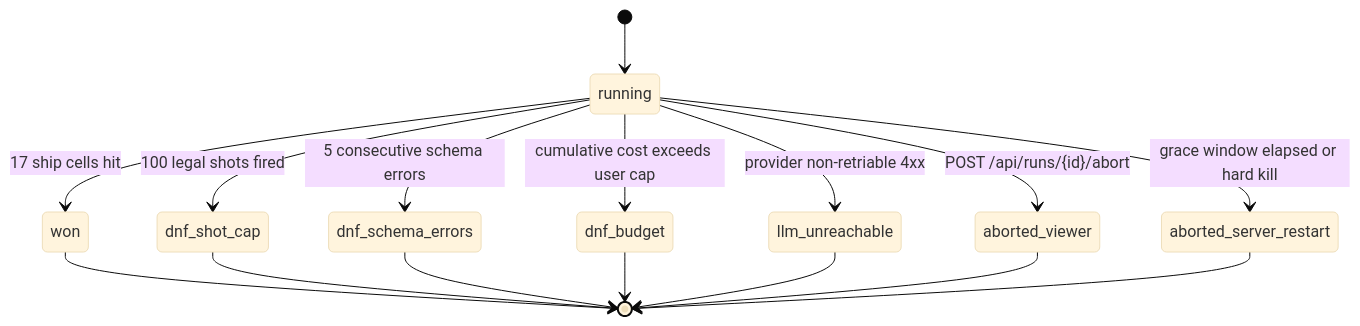
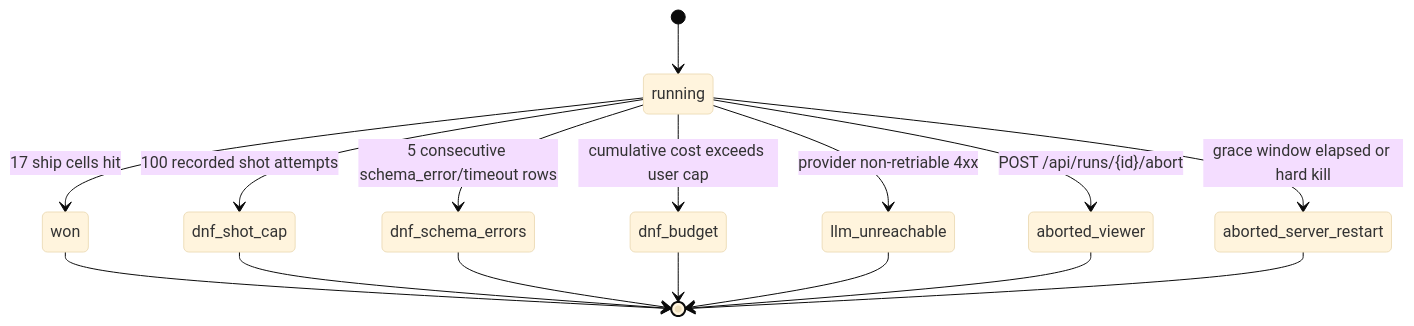
Before and after one commit to itechmeat/battleship-arena: the seventh of 10 diagrams in docs/architecture.md, drawn with Mermaid (base theme). The commit also changed other lines of this file and 103 other files, not shown here.

````diff
--- a/docs/architecture.md
+++ b/docs/architecture.md
@@ -230,18 +236,18 @@
 ```mermaid
 stateDiagram-v2
   [*] --> running
   running --> won: 17 ship cells hit
-  running --> dnf_shot_cap: 100 legal shots fired
-  running --> dnf_schema_errors: 5 consecutive schema errors
+  running --> dnf_shot_cap: 100 recorded shot attempts
+  running --> dnf_schema_errors: 5 consecutive schema_error/timeout rows
   running --> dnf_budget: cumulative cost exceeds user cap
   running --> llm_unreachable: provider non-retriable 4xx
   running --> aborted_viewer: POST /api/runs/{id}/abort
   running --> aborted_server_restart: grace window elapsed or hard kill
   won --> [*]
   dnf_shot_cap --> [*]
   dnf_schema_errors --> [*]
   dnf_budget --> [*]
   llm_unreachable --> [*]
   aborted_viewer --> [*]
   aborted_server_restart --> [*]
 ```
````
